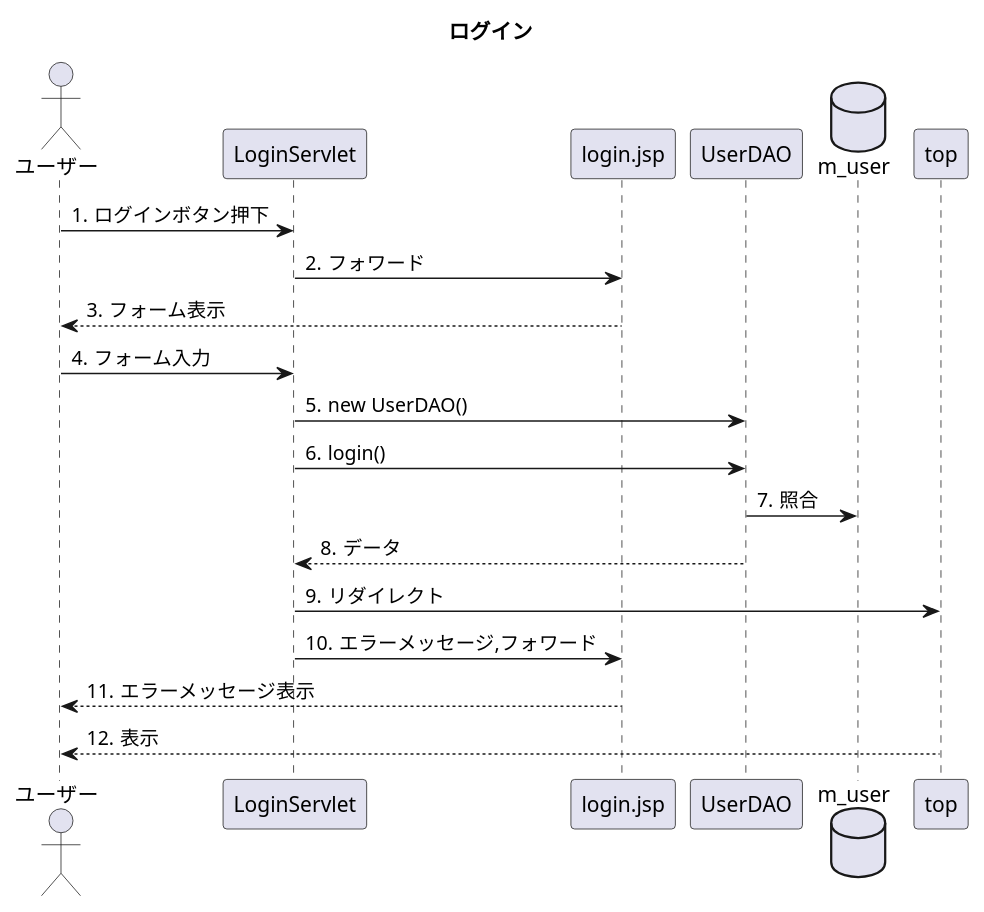
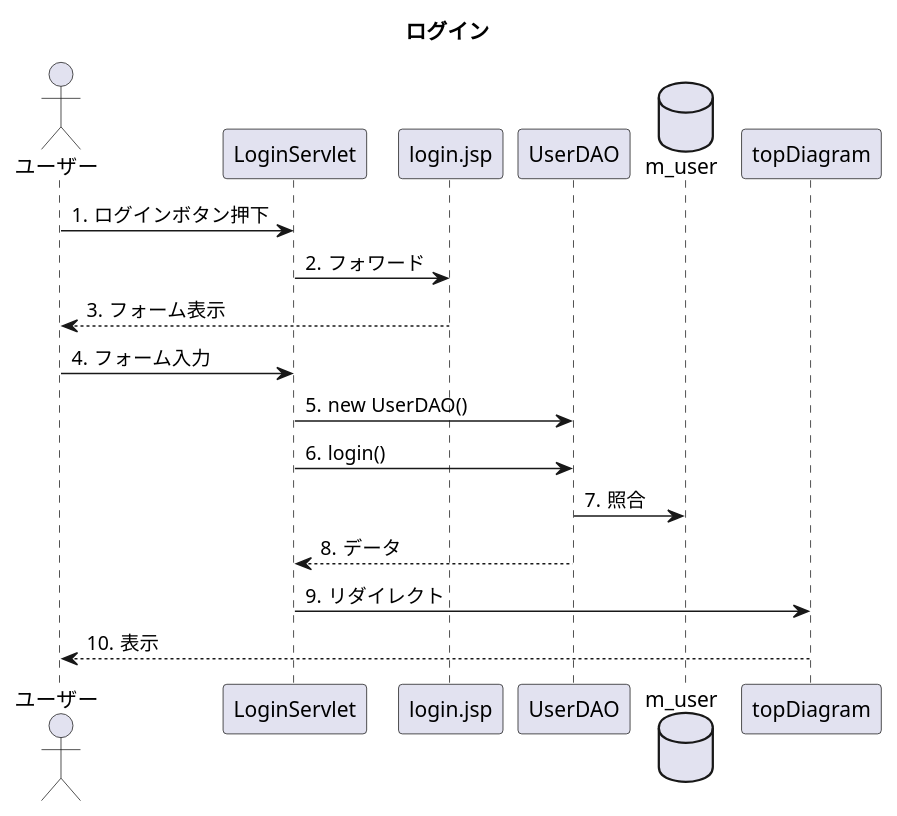
One commit to Tyamanaka07/WebSystem changed the diagram in detail.uml/seq_login.pu. Above: the diagram before and after it, drawn with PlantUML. The commit also changed 3 other files, not shown here.

```diff
--- a/detail.uml/seq_login.pu
+++ b/detail.uml/seq_login.pu
@@ -1,26 +1,24 @@
 @startuml
 title ログイン
 actor ユーザー
 
 participant LoginServlet
 participant login.jsp
 participant UserDAO
 database m_user
-participant top
+participant topDiagram
 
 autonumber "#."
 
 ユーザー->LoginServlet:ログインボタン押下
 LoginServlet->login.jsp:フォワード
 login.jsp-->ユーザー:フォーム表示
 ユーザー->LoginServlet:フォーム入力
 LoginServlet->UserDAO:new UserDAO()
 LoginServlet->UserDAO:login()
 UserDAO->m_user:照合
 UserDAO-->LoginServlet:データ
-LoginServlet->top:リダイレクト
-LoginServlet->login.jsp:エラーメッセージ,フォワード
-login.jsp-->ユーザー:エラーメッセージ表示
-top-->ユーザー:表示
+LoginServlet->topDiagram:リダイレクト
+topDiagram-->ユーザー:表示
 
 @enduml
```
